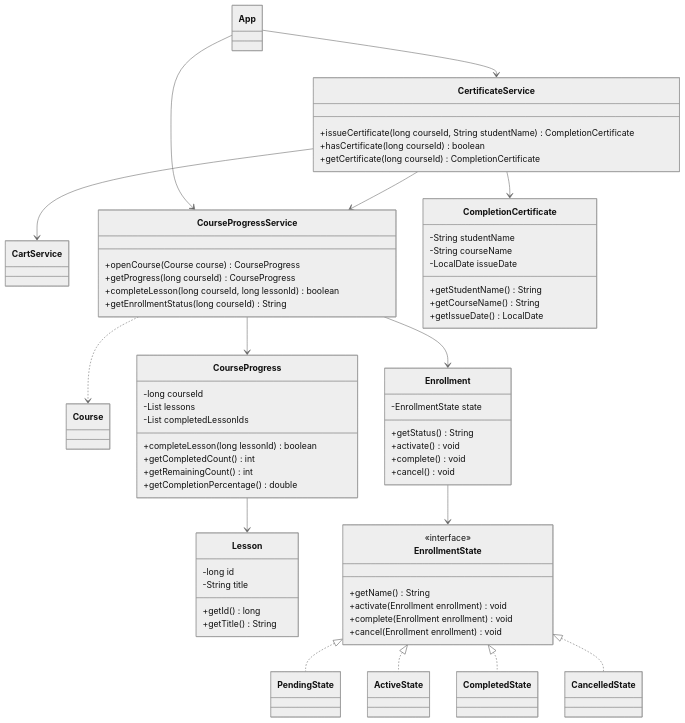
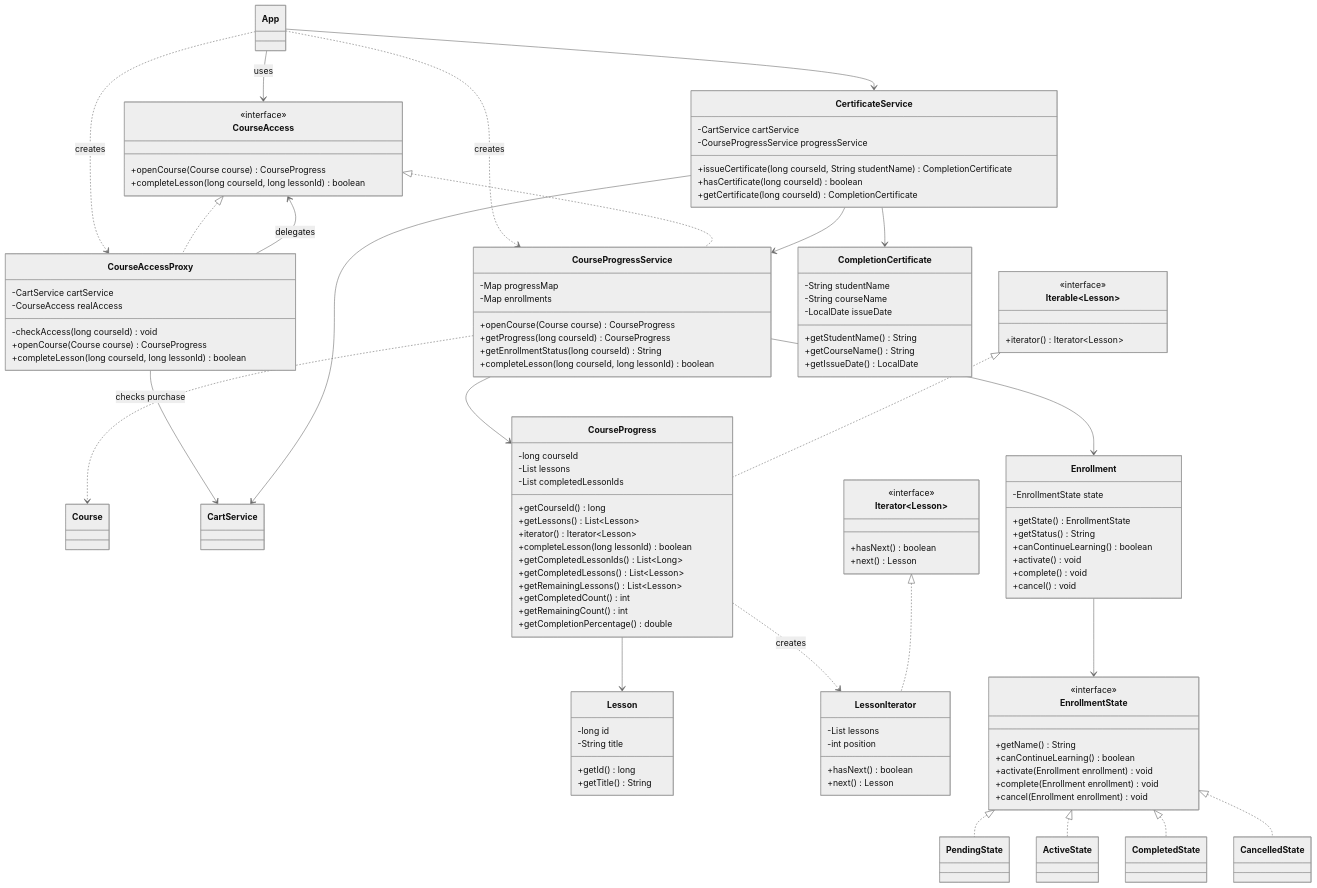
The fourth of 8 diagrams in README.md (extwel/LinguaHub), drawn with Mermaid (neutral theme) before and after one commit. The commit also changed other lines of this file, not shown here.

Commit message:
docs: update README and architecture diagrams for M3-06

````diff
--- a/README.md
+++ b/README.md
@@ -297,10 +351,49 @@
-```mermaid
+~~~mermaid
 classDiagram
     direction TB
 
     class App
     class Course
     class CartService
+
+    class CourseAccess {
+        <<interface>>
+        +openCourse(Course course) CourseProgress
+        +completeLesson(long courseId, long lessonId) boolean
+    }
+
+    class CourseAccessProxy {
+        -CartService cartService
+        -CourseAccess realAccess
+        -checkAccess(long courseId) void
+        +openCourse(Course course) CourseProgress
+        +completeLesson(long courseId, long lessonId) boolean
+    }
+
+    class CourseProgressService {
+        -Map progressMap
+        -Map enrollments
+        +openCourse(Course course) CourseProgress
+        +getProgress(long courseId) CourseProgress
+        +getEnrollmentStatus(long courseId) String
+        +completeLesson(long courseId, long lessonId) boolean
+    }
+
+    class CourseProgress {
+        -long courseId
+        -List lessons
+        -List completedLessonIds
+        +getCourseId() long
+        +getLessons() List~Lesson~
+        +iterator() Iterator~Lesson~
+        +completeLesson(long lessonId) boolean
+        +getCompletedLessonIds() List~Long~
+        +getCompletedLessons() List~Lesson~
+        +getRemainingLessons() List~Lesson~
+        +getCompletedCount() int
+        +getRemainingCount() int
+        +getCompletionPercentage() double
+    }
 
     class Lesson {
         -long id
@@ -309,26 +402,29 @@
         +getTitle() String
     }
 
-    class CourseProgress {
-        -long courseId
+    class LessonIterator {
         -List lessons
-        -List completedLessonIds
-        +completeLesson(long lessonId) boolean
-        +getCompletedCount() int
-        +getRemainingCount() int
-        +getCompletionPercentage() double
+        -int position
+        +hasNext() boolean
+        +next() Lesson
     }
 
-    class CourseProgressService {
-        +openCourse(Course course) CourseProgress
-        +getProgress(long courseId) CourseProgress
-        +completeLesson(long courseId, long lessonId) boolean
-        +getEnrollmentStatus(long courseId) String
+    class Iterable~Lesson~ {
+        <<interface>>
+        +iterator() Iterator~Lesson~
+    }
+
+    class Iterator~Lesson~ {
+        <<interface>>
+        +hasNext() boolean
+        +next() Lesson
     }
 
     class Enrollment {
         -EnrollmentState state
+        +getState() EnrollmentState
         +getStatus() String
+        +canContinueLearning() boolean
         +activate() void
         +complete() void
         +cancel() void
@@ -337,6 +433,7 @@
     class EnrollmentState {
         <<interface>>
         +getName() String
+        +canContinueLearning() boolean
         +activate(Enrollment enrollment) void
         +complete(Enrollment enrollment) void
         +cancel(Enrollment enrollment) void
@@ -347,6 +444,14 @@
     class CompletedState
     class CancelledState
 
+    class CertificateService {
+        -CartService cartService
+        -CourseProgressService progressService
+        +issueCertificate(long courseId, String studentName) CompletionCertificate
+        +hasCertificate(long courseId) boolean
+        +getCertificate(long courseId) CompletionCertificate
+    }
+
     class CompletionCertificate {
         -String studentName
         -String courseName
@@ -356,20 +461,26 @@
         +getIssueDate() LocalDate
     }
 
-    class CertificateService {
-        +issueCertificate(long courseId, String studentName) CompletionCertificate
-        +hasCertificate(long courseId) boolean
-        +getCertificate(long courseId) CompletionCertificate
-    }
+    App --> CourseAccess : uses
+    App ..> CourseAccessProxy : creates
+    App ..> CourseProgressService : creates
+    App --> CertificateService
 
-    App --> CourseProgressService
-    App --> CertificateService
+    CourseAccess <|.. CourseAccessProxy
+    CourseAccess <|.. CourseProgressService
+
+    CourseAccessProxy --> CartService : checks purchase
+    CourseAccessProxy --> CourseAccess : delegates
 
     CourseProgressService --> CourseProgress
     CourseProgressService --> Enrollment
     CourseProgressService ..> Course
 
     CourseProgress --> Lesson
+    CourseProgress ..> LessonIterator : creates
+
+    Iterable~Lesson~ <|.. CourseProgress
+    Iterator~Lesson~ <|.. LessonIterator
 
     Enrollment --> EnrollmentState
 
@@ -381,4 +492,4 @@
     CertificateService --> CartService
     CertificateService --> CourseProgressService
     CertificateService --> CompletionCertificate
-```
+~~~
````
